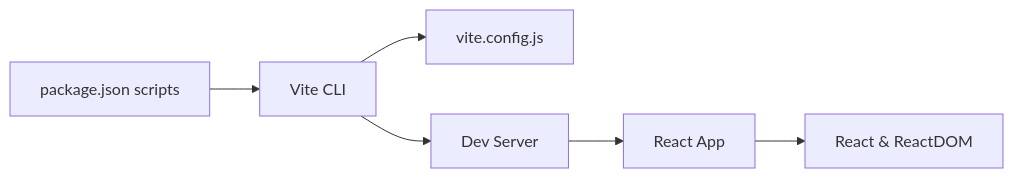
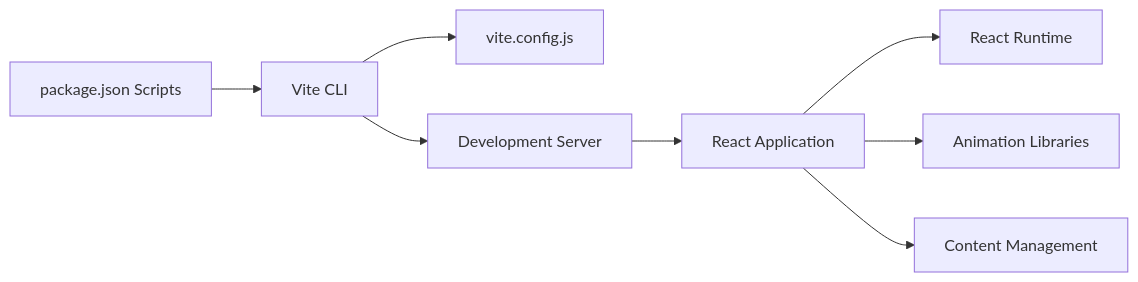
Before and after one commit to rakeshmaity271/frankie-picasso: the fifth of 5 diagrams in .qoder/repowiki/en/content/Server Components.md, drawn with Mermaid. The commit also changed other lines of this file and 28 other files, not shown here.

````diff
--- a/.qoder/repowiki/en/content/Server Components.md
+++ b/.qoder/repowiki/en/content/Server Components.md
@@ -165,8 +198,10 @@
 ```mermaid
 graph LR
-Vite["Vite CLI"] --> Config["vite.config.js"]
-Scripts["package.json scripts"] --> Vite
-Vite --> DevServer["Dev Server"]
-DevServer --> ReactApp["React App"]
-ReactApp --> Dependencies["React & ReactDOM"]
+ViteCLI["Vite CLI"] --> ConfigFile["vite.config.js"]
+Scripts["package.json Scripts"] --> ViteCLI
+ViteCLI --> DevServer["Development Server"]
+DevServer --> ReactApp["React Application"]
+ReactApp --> ReactRuntime["React Runtime"]
+ReactApp --> GSAP["Animation Libraries"]
+ReactApp --> ContentData["Content Management"]
 ```
````
